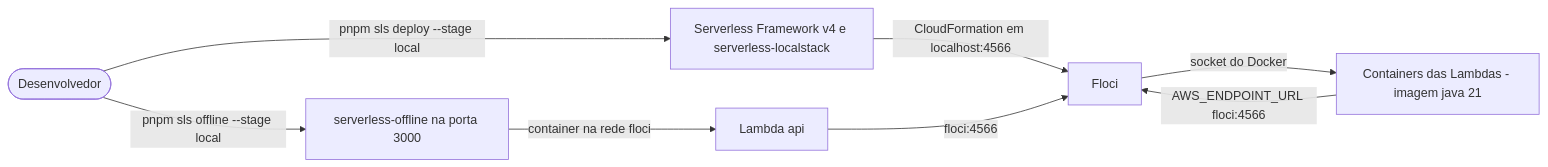
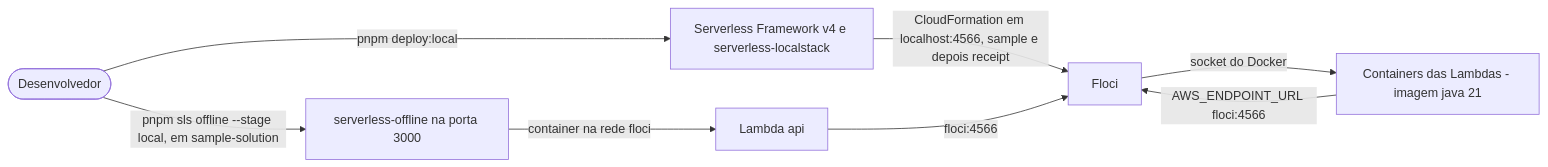
Before and after one commit to mateusmacedo/java-serverless: the third of 3 diagrams in docs/architecture.md, drawn with Mermaid. The commit also changed other lines of this file and 4 other files, not shown here.

Commit message:
docs: sync guides with the current platform and receipt-solution state

````diff
--- a/docs/architecture.md
+++ b/docs/architecture.md
@@ -223,10 +225,10 @@
 ```mermaid
 flowchart LR
-    dev([Desenvolvedor]) -->|pnpm sls deploy --stage local| sls[Serverless Framework v4 e serverless-localstack]
-    sls -->|CloudFormation em localhost:4566| floci[Floci]
+    dev([Desenvolvedor]) -->|pnpm deploy:local| sls[Serverless Framework v4 e serverless-localstack]
+    sls -->|CloudFormation em localhost:4566, sample e depois receipt| floci[Floci]
     floci -->|socket do Docker| lambdas[Containers das Lambdas - imagem java 21]
     lambdas -->|AWS_ENDPOINT_URL floci:4566| floci
-    dev -->|pnpm sls offline --stage local| offline[serverless-offline na porta 3000]
+    dev -->|pnpm sls offline --stage local, em sample-solution| offline[serverless-offline na porta 3000]
     offline -->|container na rede floci| apiC[Lambda api]
     apiC -->|floci:4566| floci
 ```
````
